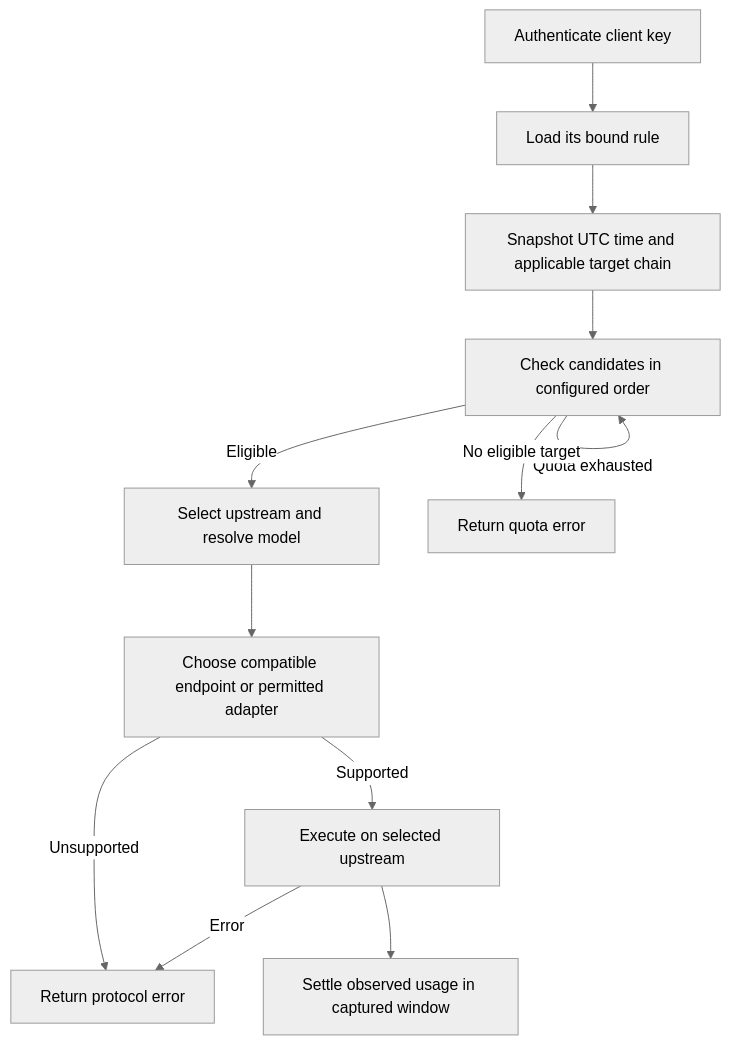
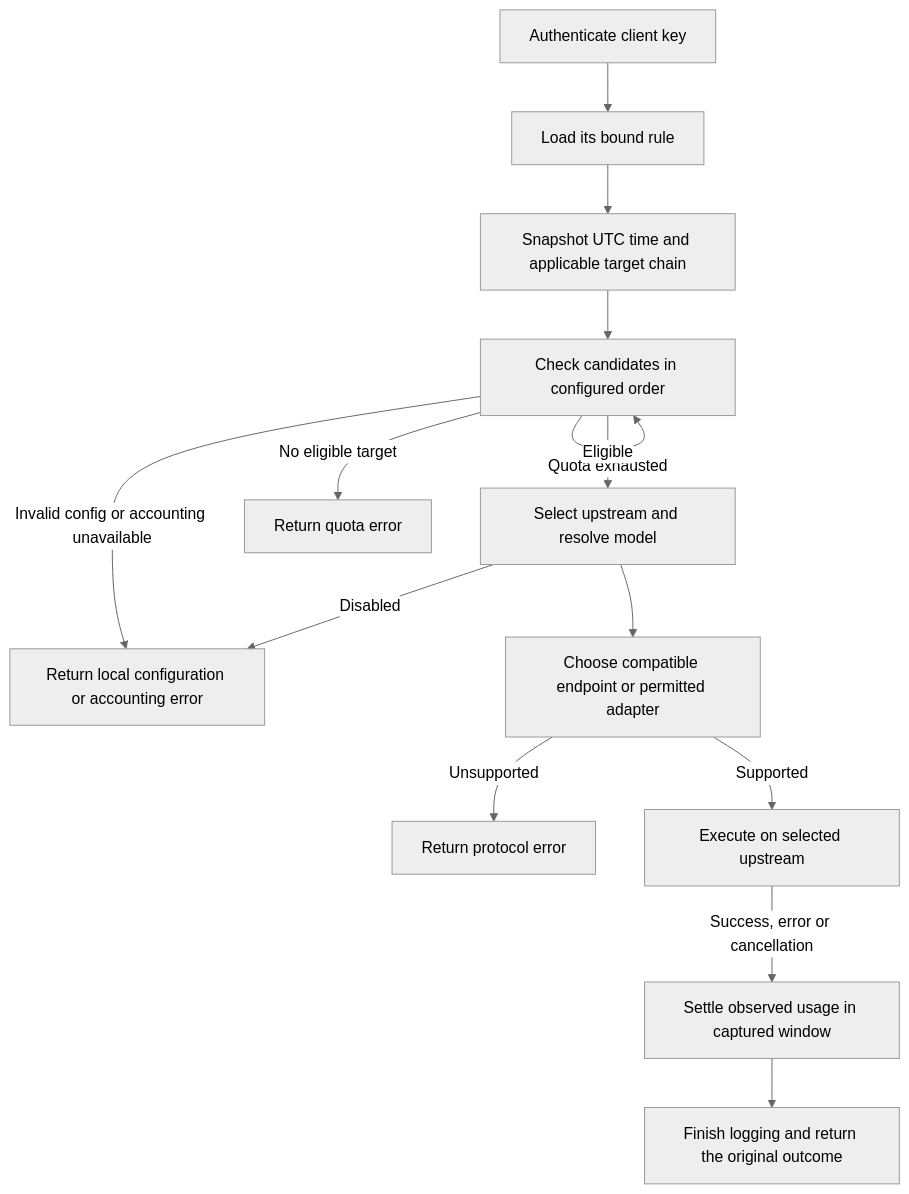
Before and after one commit to nocoo/raven: the diagram in docs/28-key-bound-routing.md, drawn with Mermaid (neutral theme). The commit also changed other lines of this file and 1 other file, not shown here.

````diff
--- a/docs/28-key-bound-routing.md
+++ b/docs/28-key-bound-routing.md
@@ -140,14 +157,16 @@
 ```mermaid
 flowchart TD
     A[Authenticate client key] --> B[Load its bound rule]
     B --> C[Snapshot UTC time and applicable target chain]
     C --> D[Check candidates in configured order]
+    D -->|Invalid config or accounting unavailable| K[Return local configuration or accounting error]
     D -->|Quota exhausted| D
     D -->|Eligible| E[Select upstream and resolve model]
     D -->|No eligible target| Q[Return quota error]
+    E -->|Disabled| K
     E --> F[Choose compatible endpoint or permitted adapter]
     F -->|Unsupported| X[Return protocol error]
     F -->|Supported| G[Execute on selected upstream]
-    G --> H[Settle observed usage in captured window]
-    G -->|Error| X
+    G -->|Success, error or cancellation| H[Settle observed usage in captured window]
+    H --> I[Finish logging and return the original outcome]
 ```
````
